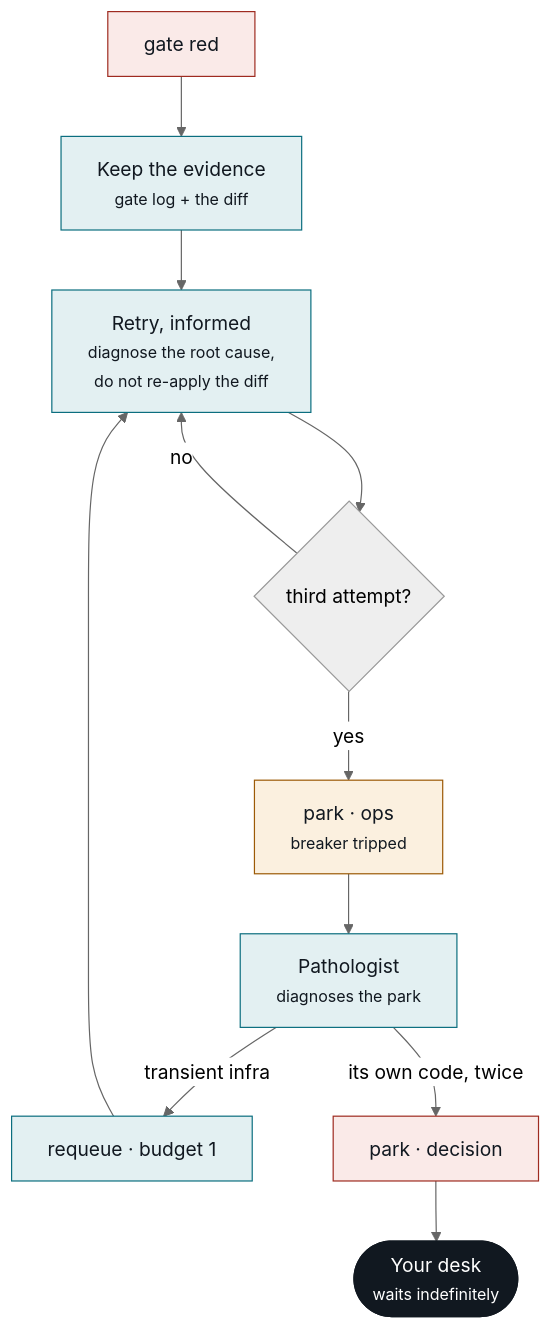
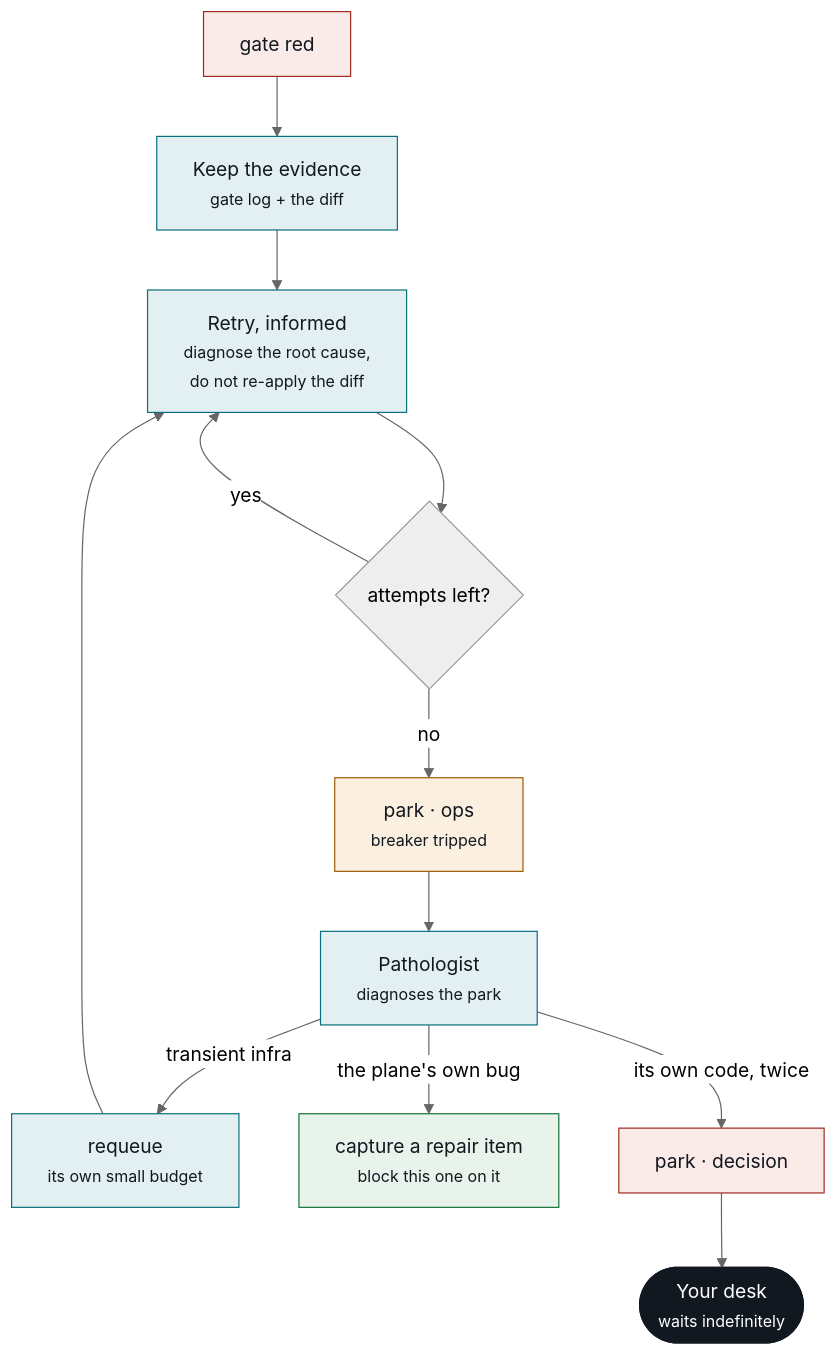
One commit to MrChikns/loopkit changed the eighth of 11 diagrams in docs/plane-flows.md. Above: the diagram before and after it, drawn with Mermaid (neutral theme). The commit also changed other lines of this file and 3 other files, not shown here.

````diff
--- a/docs/plane-flows.md
+++ b/docs/plane-flows.md
@@ -180,22 +383,25 @@
 ```mermaid
 flowchart TD
   RED["gate red"] --> EV["Keep the evidence<br/><small>gate log + the diff</small>"]
   EV --> RETRY["Retry, informed<br/><small>diagnose the root cause,<br/>do not re-apply the diff</small>"]
-  RETRY --> B{"third attempt?"}
-  B -->|no| RETRY
-  B -->|yes| PO["park · ops<br/><small>breaker tripped</small>"]
+  RETRY --> B{"attempts left?"}
+  B -->|yes| RETRY
+  B -->|no| PO["park · ops<br/><small>breaker tripped</small>"]
   PO --> PATH["Pathologist<br/><small>diagnoses the park</small>"]
-  PATH -->|transient infra| TI["requeue · budget 1"]
+  PATH -->|transient infra| TI["requeue<br/><small>its own small budget</small>"]
   TI --> RETRY
+  PATH -->|the plane's own bug| RW["capture a repair item<br/><small>block this one on it</small>"]
   PATH -->|its own code, twice| PD["park · decision"]
   PD --> YOU(["Your desk<br/><small>waits indefinitely</small>"])
 
   classDef term fill:#111820,stroke:#111820,color:#ffffff
   classDef step fill:#E3F0F2,stroke:#0B6E7F,color:#111820
+  classDef pass fill:#E7F3EB,stroke:#14713A,color:#111820
   classDef hold fill:#FBF0DF,stroke:#9C5A06,color:#111820
   classDef stop fill:#FAEAE8,stroke:#9E2B20,color:#111820
   class YOU term
   class EV,RETRY,PATH,TI step
+  class RW pass
   class PO hold
   class RED,PD stop
 ```
````
